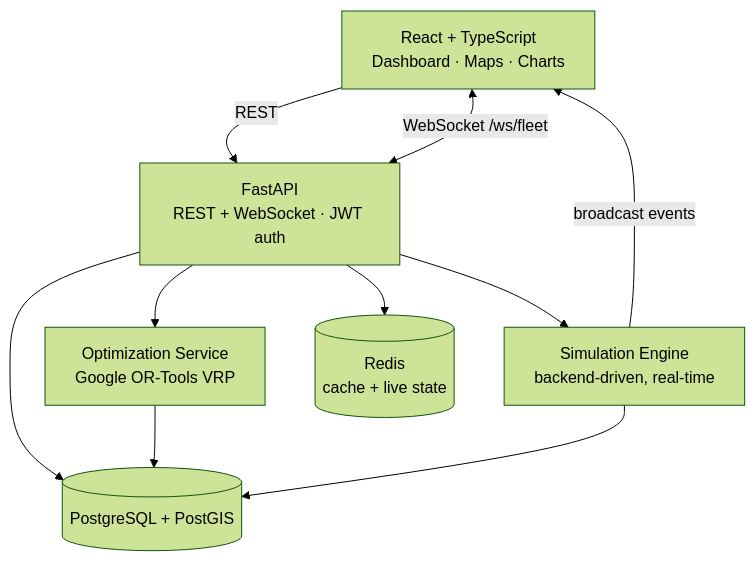
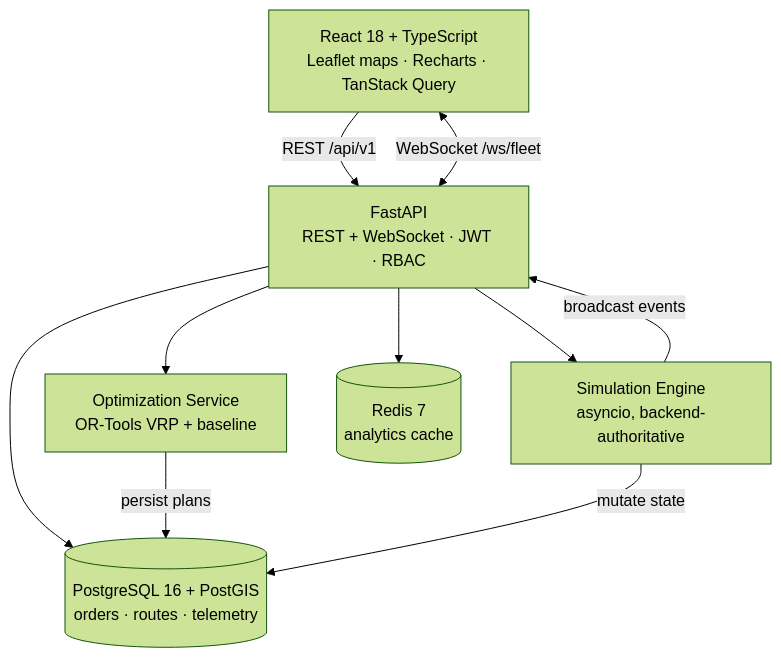
Before and after one commit to dhanoliya-ji/RouteOS: the diagram in README.md, drawn with Mermaid (forest theme). The commit also changed other lines of this file and 21 other files, not shown here.

````diff
--- a/README.md
+++ b/README.md
@@ -103,19 +251,19 @@
 ```mermaid
 flowchart TD
-    UI["React + TypeScript<br/>Dashboard · Maps · Charts"]
-    API["FastAPI<br/>REST + WebSocket · JWT auth"]
-    OPT["Optimization Service<br/>Google OR-Tools VRP"]
-    SIM["Simulation Engine<br/>backend-driven, real-time"]
-    DB[("PostgreSQL + PostGIS")]
-    RD[("Redis<br/>cache + live state")]
+    UI["React 18 + TypeScript<br/>Leaflet maps · Recharts · TanStack Query"]
+    API["FastAPI<br/>REST + WebSocket · JWT · RBAC"]
+    OPT["Optimization Service<br/>OR-Tools VRP + baseline"]
+    SIM["Simulation Engine<br/>asyncio, backend-authoritative"]
+    DB[("PostgreSQL 16 + PostGIS<br/>orders · routes · telemetry")]
+    RD[("Redis 7<br/>analytics cache")]
 
-    UI -->|REST| API
+    UI -->|REST /api/v1| API
     UI <-->|WebSocket /ws/fleet| API
     API --> OPT
     API --> SIM
     API --> DB
     API --> RD
-    OPT --> DB
-    SIM --> DB
-    SIM -->|broadcast events| UI
+    OPT -->|persist plans| DB
+    SIM -->|mutate state| DB
+    SIM -->|broadcast events| API
 ```
````
